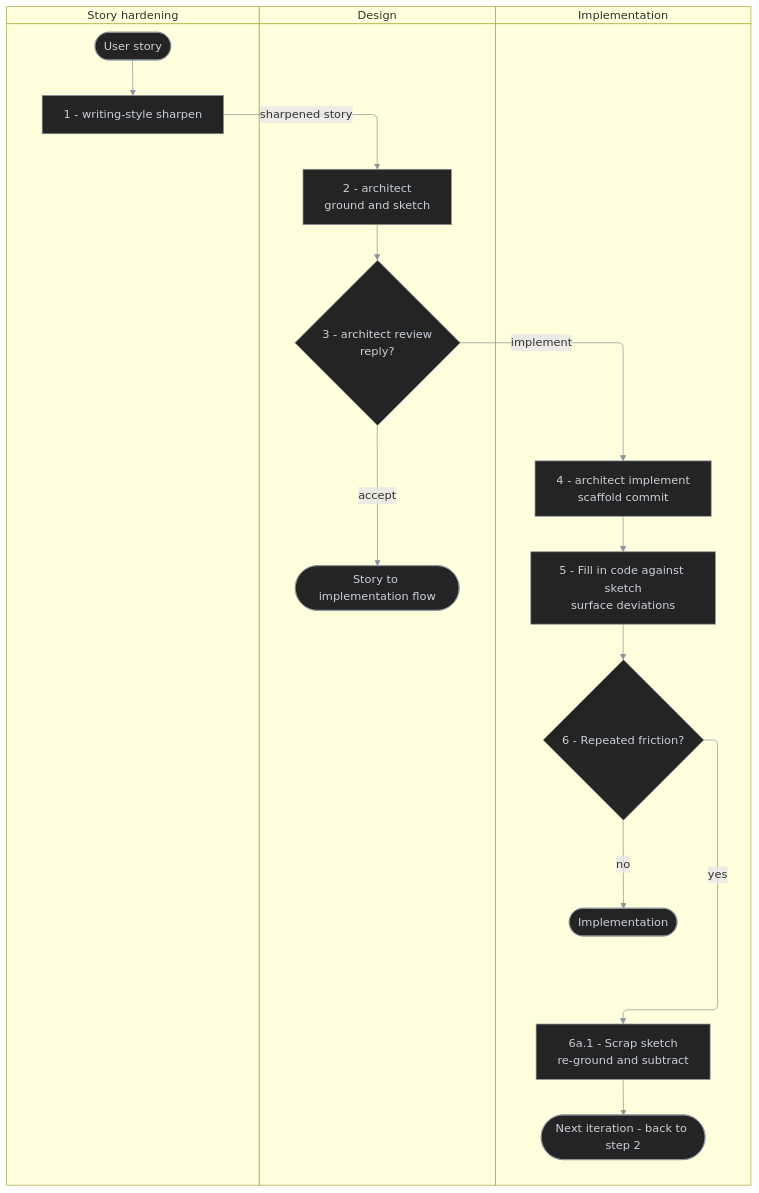
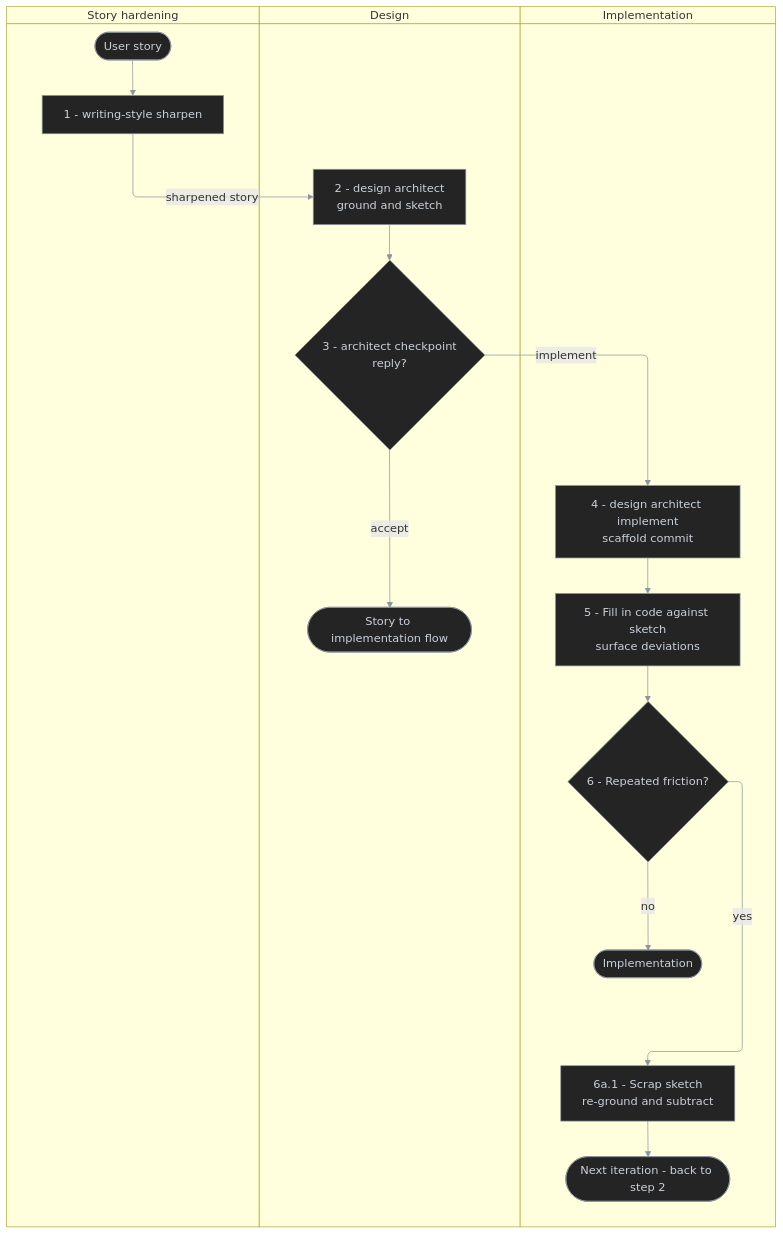
Before and after one commit to antshc/brain: the fourth of 4 diagrams in plugins/wf/README.md, drawn with Mermaid. The commit also changed other lines of this file and 28 other files, not shown here.

Commit message:
feat(design): consolidate architect routes and shared sketch

````diff
--- a/plugins/wf/README.md
+++ b/plugins/wf/README.md
@@ -147,35 +147,35 @@
 ```mermaid
 %%{init: {'themeVariables': {'lineColor': '#8b949e'}}}%%
 %% diagram-id: wf-story-to-direct-implementation-swimlane
 swimlane-beta TB
   accTitle: Story to direct implementation responsibility
   accDescr: Shows one User story sharpened, sketched and reviewed by architect, then implemented by architect against the accepted sketch, with scrap and redesign on repeated friction.
 
   subgraph story [Story hardening]
     userStory([User story])
     sharpen[1 - writing-style sharpen]
   end
 
   subgraph design [Design]
-    sketch[2 - architect<br/>ground and sketch]
-    review{3 - architect review<br/>reply?}
+    sketch[2 - design architect<br/>ground and sketch]
+    review{3 - architect checkpoint<br/>reply?}
     specFlow([Story to implementation flow])
   end
 
   subgraph implementation [Implementation]
-    scaffold[4 - architect implement<br/>scaffold commit]
+    scaffold[4 - design architect implement<br/>scaffold commit]
     fillIn[5 - Fill in code against sketch<br/>surface deviations]
     friction{6 - Repeated friction?}
     done([Implementation])
     scrap[6a.1 - Scrap sketch<br/>re-ground and subtract]
     loopBack([Next iteration - back to step 2])
   end
 
   userStory --> sharpen -->|sharpened story| sketch --> review
   review -->|implement| scaffold --> fillIn --> friction
   friction -->|no| done
   review -->|accept| specFlow
   friction -->|yes| scrap --> loopBack
 
   classDef default fill:#242424,stroke:#8b949e,color:#c9d1d9,stroke-width:1px
 ```
````
